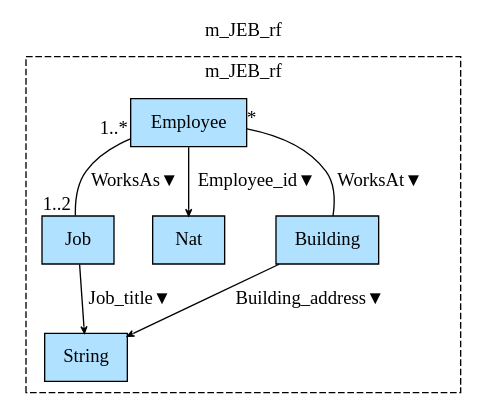
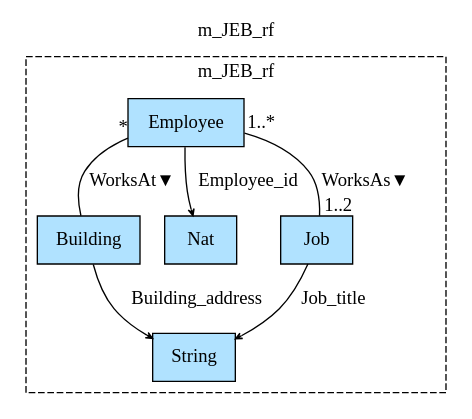
The diagram in Haskell/FragmentaTests/Job_Employee_Building/img/m_JEB_rf.gv (namalio/Fragmenta), drawn with Graphviz before and after one commit. The commit also changed 25 other files, not shown here.

```diff
--- a/Haskell/FragmentaTests/Job_Employee_Building/img/m_JEB_rf.gv
+++ b/Haskell/FragmentaTests/Job_Employee_Building/img/m_JEB_rf.gv
@@ -1,16 +1,16 @@
 digraph {graph[label=m_JEB_rf,labelloc=tl,labelfontsize=12];
 subgraph cluster_m_JEB_rf{style=dashed;label=m_JEB_rf;
-"Job"[shape=record,fillcolor=lightskyblue1,style = filled,label="Job"];
-"Nat"[shape=record,fillcolor=lightskyblue1,style = filled,label="Nat"];
 "Employee"[shape=record,fillcolor=lightskyblue1,style = filled,label="Employee"];
 "Building"[shape=record,fillcolor=lightskyblue1,style = filled,label="Building"];
 "String"[shape=record,fillcolor=lightskyblue1,style = filled,label="String"];
+"Nat"[shape=record,fillcolor=lightskyblue1,style = filled,label="Nat"];
+"Job"[shape=record,fillcolor=lightskyblue1,style = filled,label="Job"];
 
 "Employee"->"Job"[label="WorksAs▼",dir=none,taillabel="1..*",headlabel="1..2"];
-"Job"->"String"[label="Job_title▼",arrowhead=vee,headlabel="",arrowsize=.5];
-"Employee"->"Nat"[label="Employee_id▼",arrowhead=vee,headlabel="",arrowsize=.5];
+"Job"->"String"[label="Job_title",arrowhead=vee,headlabel="",arrowsize=.5];
+"Employee"->"Nat"[label="Employee_id",arrowhead=vee,headlabel="",arrowsize=.5];
+"Building"->"String"[label="Building_address",arrowhead=vee,headlabel="",arrowsize=.5];
 "Employee"->"Building"[label="WorksAt▼",dir=none,taillabel="*",headlabel=""];
-"Building"->"String"[label="Building_address▼",arrowhead=vee,headlabel="",arrowsize=.5];
 
 }
 }
```
